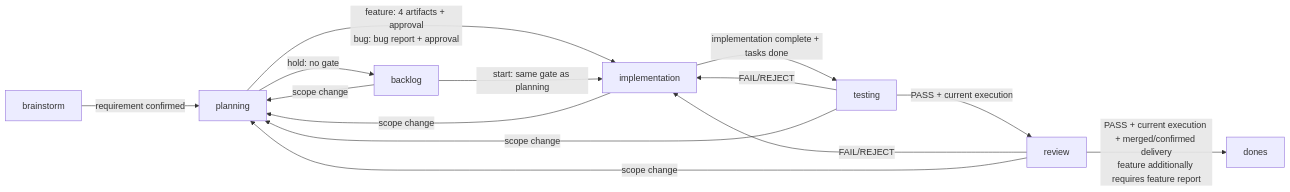
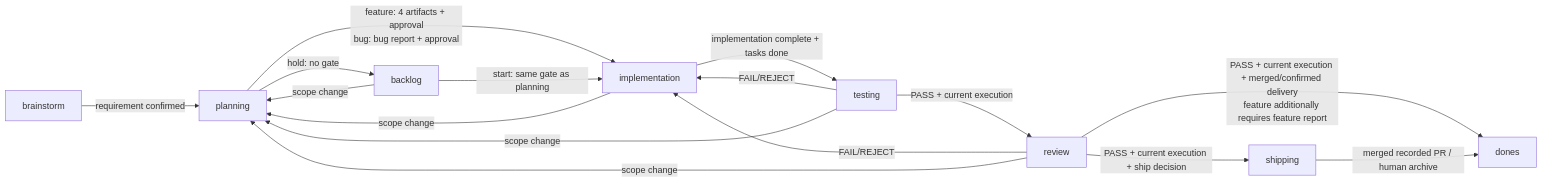
One commit to phuthuycoding/kanban-flow changed the diagram in docs/workflow/gates.md. Above: the diagram before and after it, drawn with Mermaid. The commit also changed other lines of this file and 46 other files, not shown here.

First line of the commit message:
feat: shipping stage + kf ship + git-flow commands; worktrees opt-in (#67)

````diff
--- a/docs/workflow/gates.md
+++ b/docs/workflow/gates.md
@@ -43,16 +44,18 @@
 ```mermaid
 flowchart LR
     B[brainstorm] -->|requirement confirmed| P[planning]
     P -->|feature: 4 artifacts + approval<br/>bug: bug report + approval| I[implementation]
     I -->|implementation complete + tasks done| T[testing]
     T -->|PASS + current execution| R[review]
     T -->|FAIL/REJECT| I
+    R -->|PASS + current execution + ship decision| SH[shipping]
     R -->|PASS + current execution + merged/confirmed delivery<br/>feature additionally requires feature report| D[dones]
+    SH -->|merged recorded PR / human archive| D
     R -->|FAIL/REJECT| I
     T -->|scope change| P
     R -->|scope change| P
     P -->|hold: no gate| BL[backlog]
     BL -->|start: same gate as planning| I
     BL -->|scope change| P
     I -->|scope change| P
 ```
````
